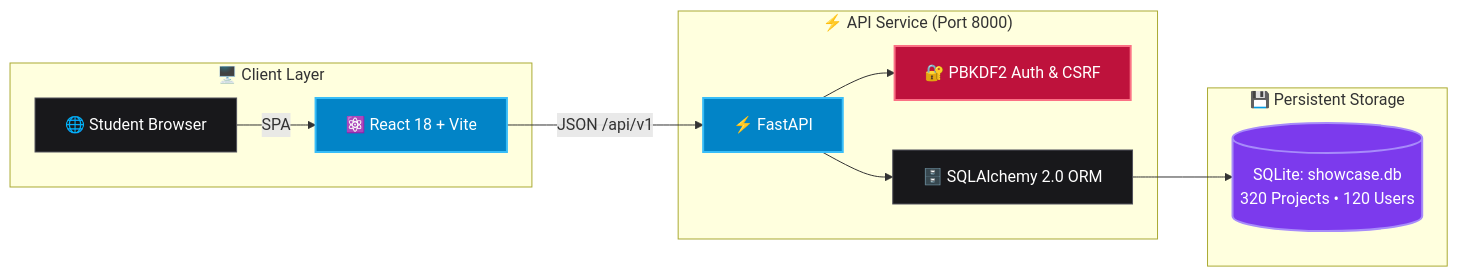
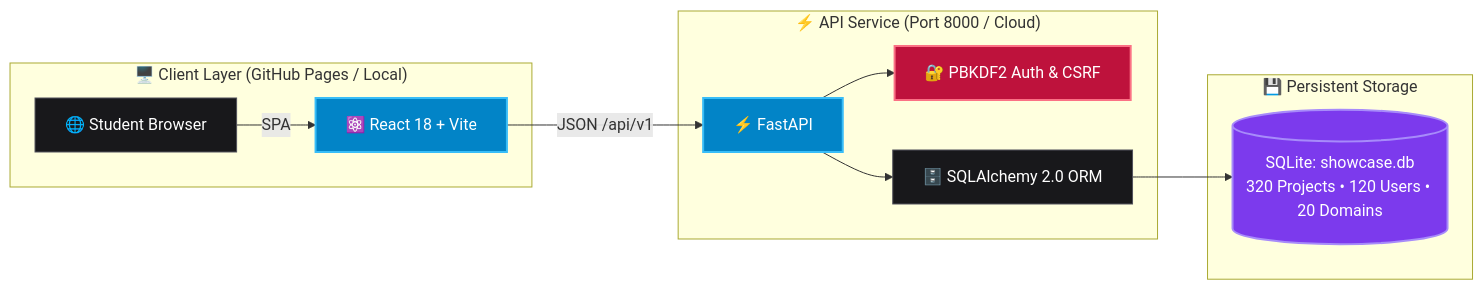
One commit to Dhruvi-tech/Student-Project-Showcase-and-Gallery changed the diagram in README.md. Above: the diagram before and after it, drawn with Mermaid. The commit also changed other lines of this file and 6 other files, not shown here.

Commit message:
docs: re-write README with live screenshots, complete 20 domains catalog, architecture specs, and live deployment link

````diff
--- a/README.md
+++ b/README.md
@@ -138,24 +175,24 @@
 ```mermaid
 flowchart LR
-    subgraph Client ["🖥️ Client Layer"]
+    subgraph Client ["🖥️ Client Layer (GitHub Pages / Local)"]
         Browser["🌐 Student Browser"] -->|SPA| ReactApp["⚛️ React 18 + Vite"]
     end
 
-    subgraph Service ["⚡ API Service (Port 8000)"]
+    subgraph Service ["⚡ API Service (Port 8000 / Cloud)"]
         ReactApp -->|JSON /api/v1| FastApiCore["⚡ FastAPI"]
         FastApiCore --> AuthGuard["🔐 PBKDF2 Auth & CSRF"]
         FastApiCore --> SQLAlchemy["🗄️ SQLAlchemy 2.0 ORM"]
     end
 
     subgraph Storage ["💾 Persistent Storage"]
-        SQLAlchemy --> SQLiteDB[("SQLite: showcase.db<br/>320 Projects • 120 Users")]
+        SQLAlchemy --> SQLiteDB[("SQLite: showcase.db<br/>320 Projects • 120 Users • 20 Domains")]
     end
 
     classDef default fill:#18181b,stroke:#52525b,stroke-width:1px,color:#fff;
     classDef highlight fill:#0284c7,stroke:#38bdf8,stroke-width:2px,color:#fff;
     classDef store fill:#7c3aed,stroke:#a78bfa,stroke-width:2px,color:#fff;
     classDef secure fill:#be123c,stroke:#fb7185,stroke-width:2px,color:#fff;
     class FastApiCore,ReactApp highlight;
     class SQLiteDB store;
     class AuthGuard secure;
 ```
````
